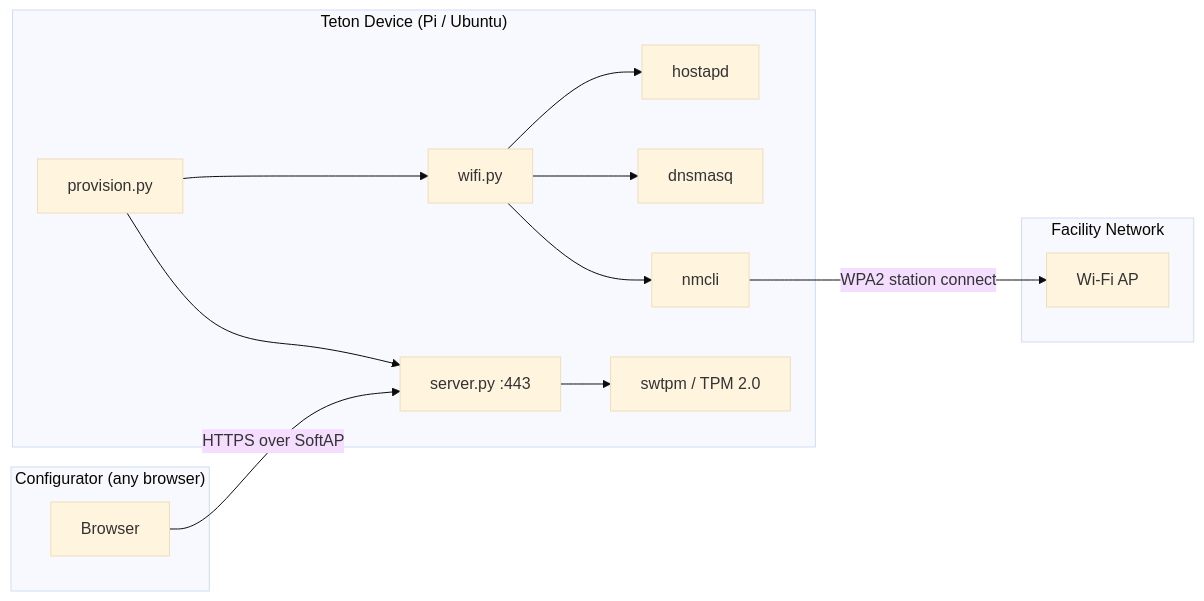
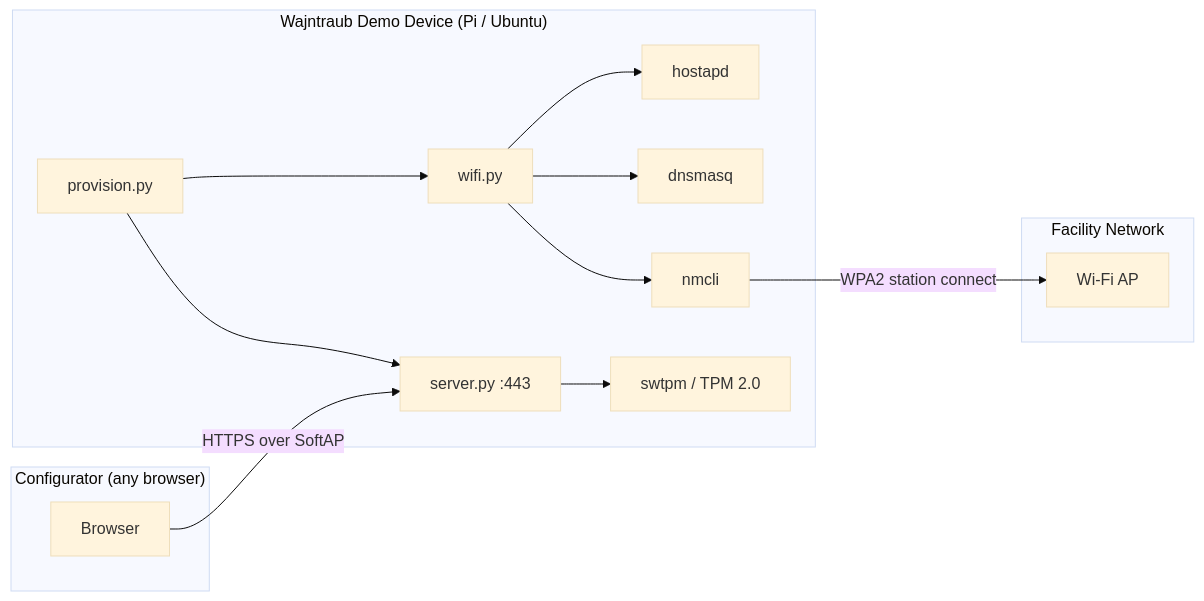
One commit to wajntr-a/teton-challenge changed the fourth of 4 diagrams in docs/architecture.md. Above: the diagram before and after it, drawn with Mermaid (base theme). The commit also changed other lines of this file and 8 other files, not shown here.

First line of the commit message:
refactor: rename teton artifacts to wajntraub-demo to avoid evaluator collisions

````diff
--- a/docs/architecture.md
+++ b/docs/architecture.md
@@ -183,22 +183,22 @@
 ```mermaid
 graph LR
-  subgraph Device["Teton Device (Pi / Ubuntu)"]
+  subgraph Device["Wajntraub Demo Device (Pi / Ubuntu)"]
     PM[provision.py] --> S["server.py :443"]
     PM --> W[wifi.py]
     W --> H[hostapd]
     W --> D[dnsmasq]
     W --> NM[nmcli]
     S --> TPM[swtpm / TPM 2.0]
   end
 
   subgraph Configurator["Configurator (any browser)"]
     B[Browser]
   end
 
   subgraph Target["Facility Network"]
     AP[Wi-Fi AP]
   end
 
   B -- "HTTPS over SoftAP" --> S
   NM -- "WPA2 station connect" --> AP
 ```
````
